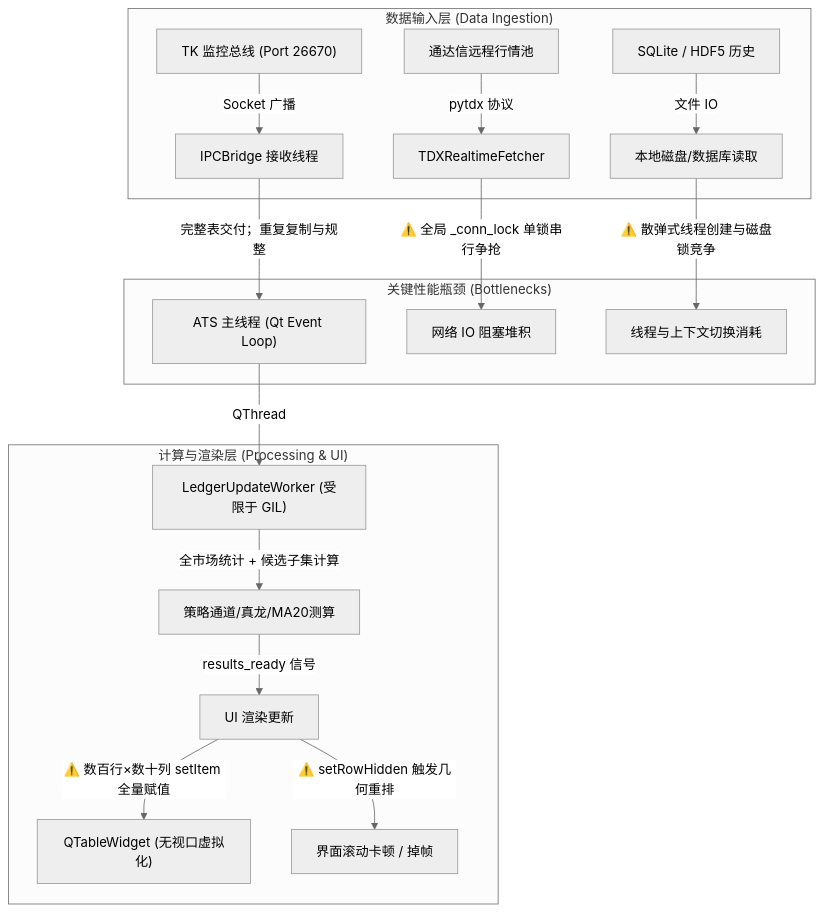
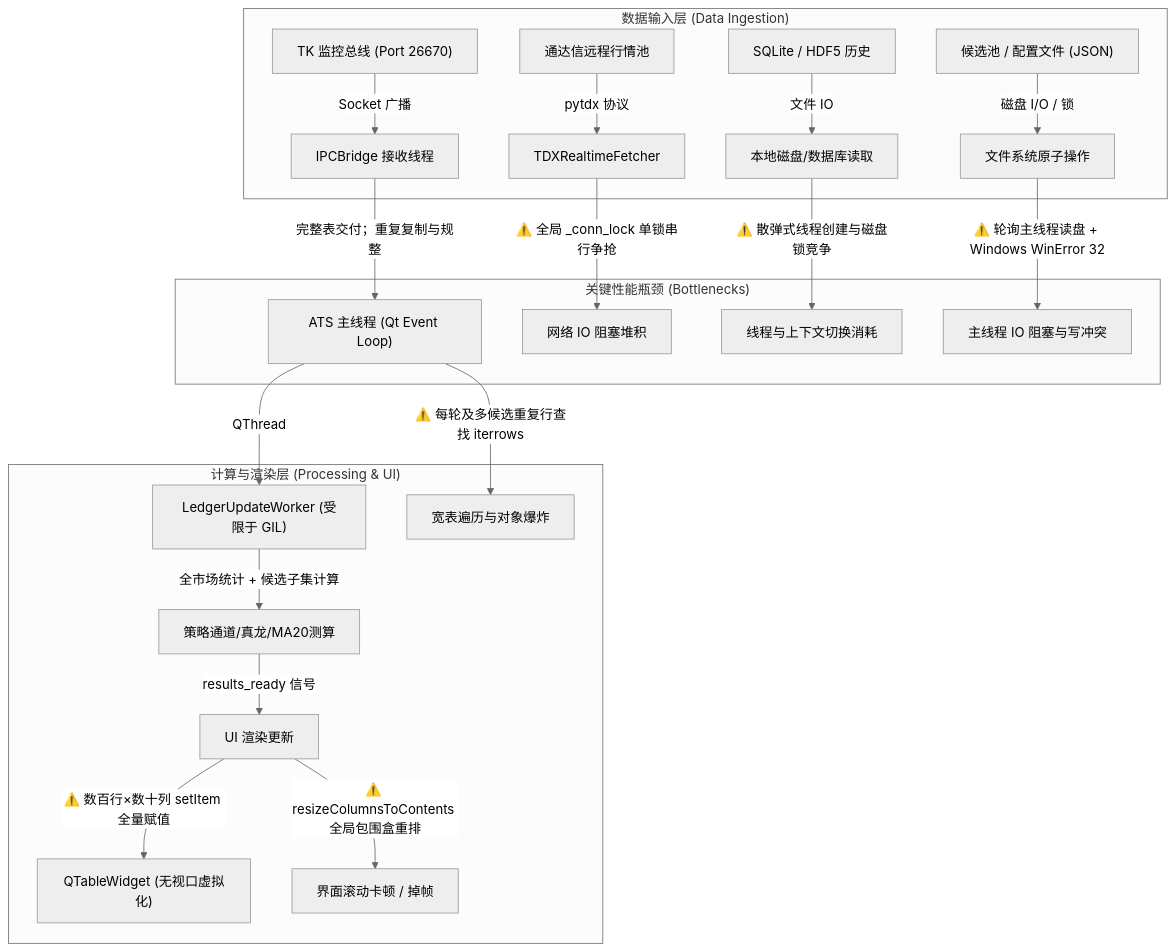
One commit to johnsonhongyi/pyQuant3 changed the first of 3 diagrams in stock_standalone/design/ATS系统全流程性能优化分析与实施方案规划.md. Above: the diagram before and after it, drawn with Mermaid (neutral theme). The commit also changed other lines of this file and 5 other files, not shown here.

````diff
--- a/stock_standalone/design/ATS系统全流程性能优化分析与实施方案规划.md
+++ b/stock_standalone/design/ATS系统全流程性能优化分析与实施方案规划.md
@@ -29,22 +30,25 @@
 ```mermaid
 flowchart TD
     subgraph DataIngestion ["数据输入层 (Data Ingestion)"]
         IPC["TK 监控总线 (Port 26670)"] -->|"Socket 广播"| IPCBridge["IPCBridge 接收线程"]
         TDX["通达信远程行情池"] -->|"pytdx 协议"| TDXFetcher["TDXRealtimeFetcher"]
         LocalDB["SQLite / HDF5 历史"] -->|"文件 IO"| DiskIO["本地磁盘/数据库读取"]
+        NextDayFS["候选池 / 配置文件 (JSON)"] -->|"磁盘 I/O / 锁"| FileIO["文件系统原子操作"]
     end
 
     subgraph Bottlenecks ["关键性能瓶颈 (Bottlenecks)"]
         IPCBridge -->|"完整表交付；重复复制与规整"| MainThread["ATS 主线程 (Qt Event Loop)"]
         TDXFetcher -->|"⚠️ 全局 _conn_lock 单锁串行争抢"| LockContention["网络 IO 阻塞堆积"]
         DiskIO -->|"⚠️ 散弹式线程创建与磁盘锁竞争"| ThreadStorm["线程与上下文切换消耗"]
+        FileIO -->|"⚠️ 轮询主线程读盘 + Windows WinError 32"| FileLockLag["主线程 IO 阻塞与写冲突"]
     end
 
     subgraph Processing ["计算与渲染层 (Processing & UI)"]
         MainThread -->|"QThread"| Worker["LedgerUpdateWorker (受限于 GIL)"]
         Worker -->|"全市场统计 + 候选子集计算"| ComputeHeavy["策略通道/真龙/MA20测算"]
+        MainThread -->|"⚠️ 每轮及多候选重复行查找 iterrows"| LookupLag["宽表遍历与对象爆炸"]
         ComputeHeavy -->|"results_ready 信号"| UIRender["UI 渲染更新"]
         UIRender -->|"⚠️ 数百行×数十列 setItem 全量赋值"| TableWidget["QTableWidget (无视口虚拟化)"]
-        UIRender -->|"⚠️ setRowHidden 触发几何重排"| LayoutLag["界面滚动卡顿 / 掉帧"]
+        UIRender -->|"⚠️ resizeColumnsToContents 全局包围盒重排"| LayoutLag["界面滚动卡顿 / 掉帧"]
     end
 ```
````
